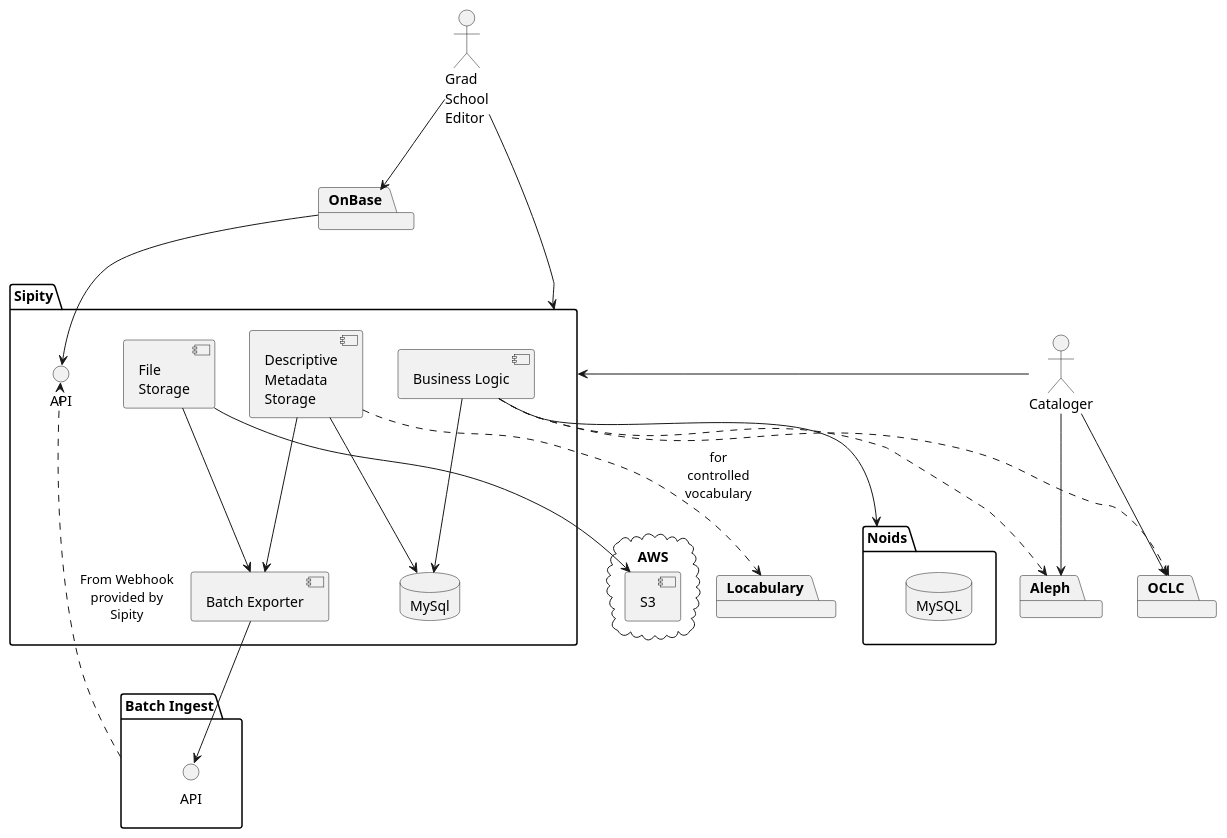
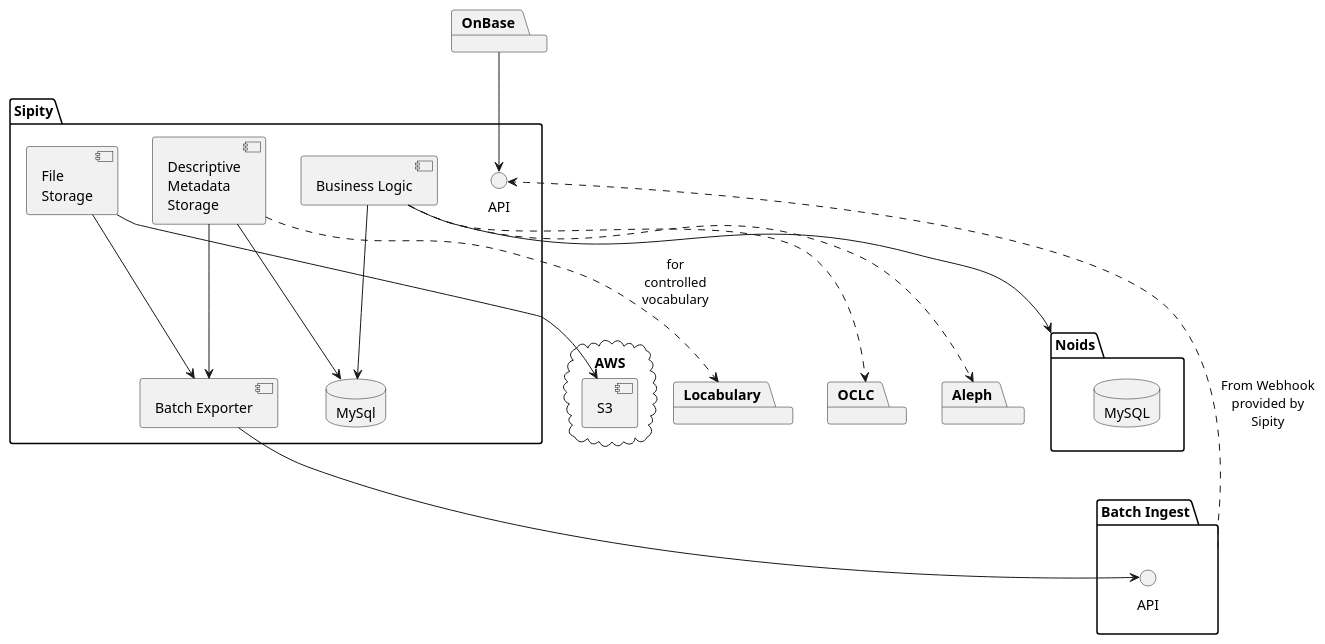
The diagram in plantuml/sipity.puml (ndlib/dam-ecosystem-mapping), drawn with PlantUML before and after one commit. The commit also changed 5 other files, not shown here.

```diff
--- a/plantuml/sipity.puml
+++ b/plantuml/sipity.puml
@@ -10,55 +10,45 @@
 @startuml
 
 package "Sipity" {
   component "File\nStorage" as SipityFS
   component "Descriptive\nMetadata\nStorage" as SipityDMS
   component "Batch Exporter" as SipityBE
   component "Business Logic" as SipityBL
   interface "API" as SipityAPI
   database "MySql"
 
 }
-actor "Cataloger"
-actor "Grad\nSchool\nEditor" as GradSchoolEditor
 
 package "Batch Ingest" as Batch {
   interface "API" as BatchAPI
 }
 
 package Noids {
   database MySQL as MySQLNoids
 }
 
 package OCLC
 package Aleph
 
 package OnBase
 
 package Locabulary
 SipityDMS ..> Locabulary : "for\ncontrolled\nvocabulary"
 
 cloud "AWS" {
   component S3
 }
 
 SipityFS --> S3
 SipityDMS --> MySql
 SipityBE --> BatchAPI
 SipityFS --> SipityBE
 SipityDMS --> SipityBE
 Batch ..> SipityAPI : "From Webhook\nprovided by\nSipity"
 SipityBL --> MySql
 SipityBL --> Noids
 OnBase --> SipityAPI
 SipityBL ..> Aleph
 SipityBL ..> OCLC
 
-
-GradSchoolEditor --> OnBase
-GradSchoolEditor --> Sipity
-Cataloger --> Sipity
-Cataloger --> Aleph
-Cataloger --> OCLC
-
-
 @enduml
```
